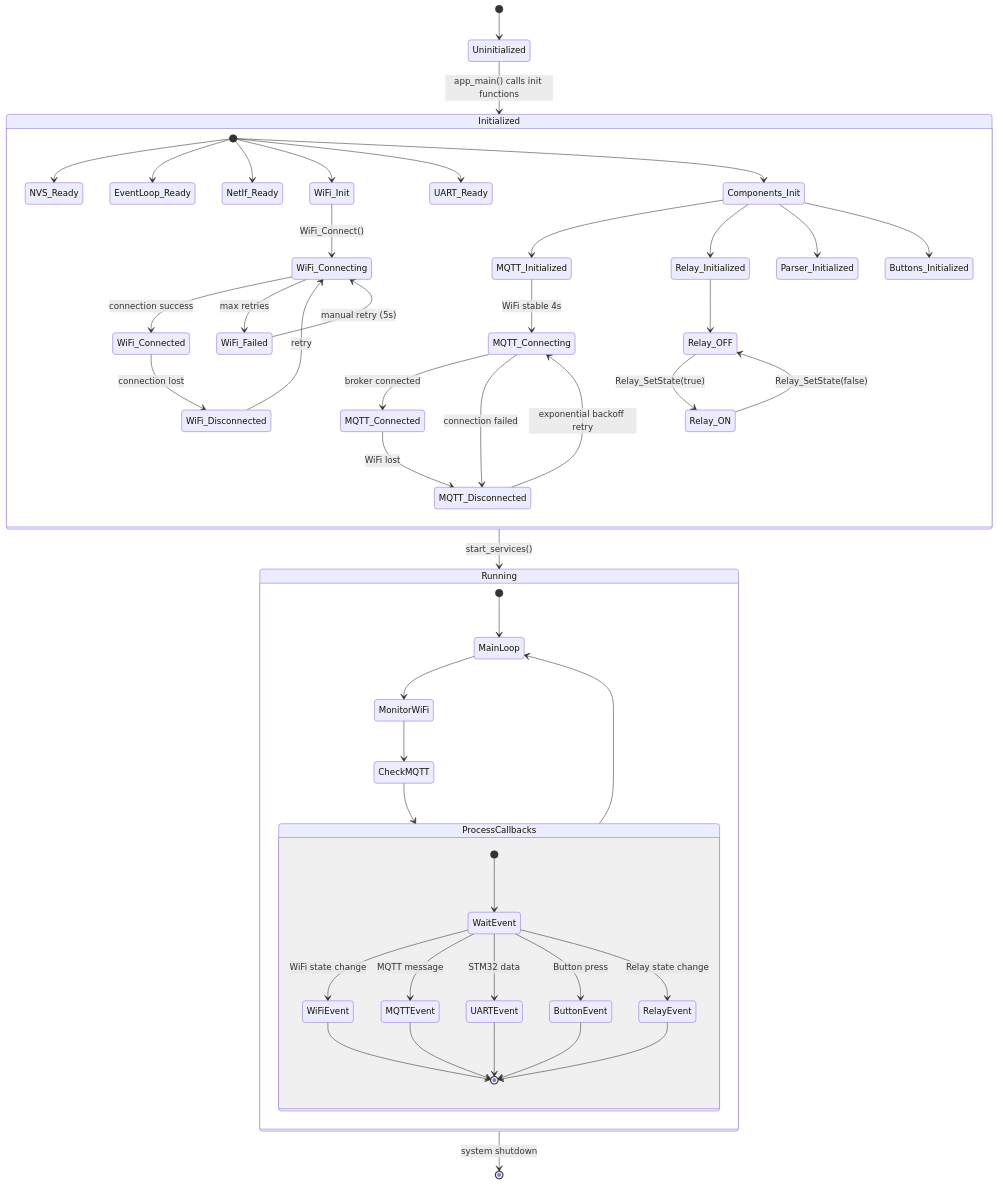
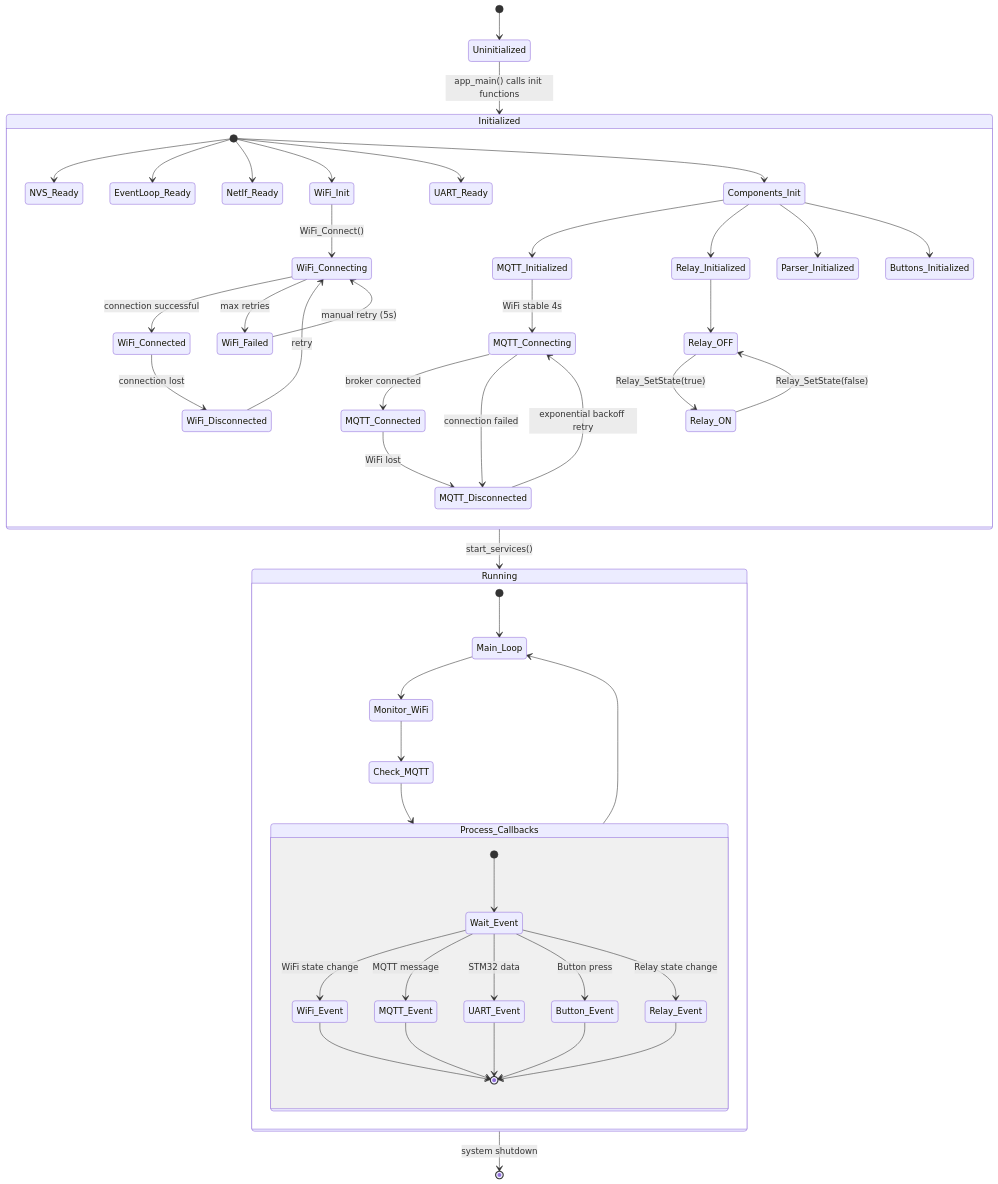
One commit to meeTeam05/datalogger changed the third of 9 diagrams in documents/esp32/UML_CLASS_DIAGRAM_ESP32.md. Above: the diagram before and after it, drawn with Mermaid. The commit also changed other lines of this file, not shown here.

Commit message:
fix(docs): update UML class diagrams for clarity and consistency in UML_CLASS_DIAGRAM_ESP32.md

````diff
--- a/documents/esp32/UML_CLASS_DIAGRAM_ESP32.md
+++ b/documents/esp32/UML_CLASS_DIAGRAM_ESP32.md
@@ -252,65 +252,65 @@
 ```mermaid
 stateDiagram-v2
     [*] --> Uninitialized
 
     Uninitialized --> Initialized : app_main() calls init functions
 
     state Initialized {
         [*] --> NVS_Ready
         [*] --> EventLoop_Ready
         [*] --> NetIf_Ready
         [*] --> WiFi_Init
         [*] --> UART_Ready
         [*] --> Components_Init
 
         WiFi_Init --> WiFi_Connecting : WiFi_Connect()
-        WiFi_Connecting --> WiFi_Connected : connection success
+        WiFi_Connecting --> WiFi_Connected : connection successful
         WiFi_Connecting --> WiFi_Failed : max retries
         WiFi_Connected --> WiFi_Disconnected : connection lost
         WiFi_Disconnected --> WiFi_Connecting : retry
         WiFi_Failed --> WiFi_Connecting : manual retry (5s)
 
         Components_Init --> MQTT_Initialized
         Components_Init --> Relay_Initialized
         Components_Init --> Parser_Initialized
         Components_Init --> Buttons_Initialized
 
         MQTT_Initialized --> MQTT_Connecting : WiFi stable 4s
         MQTT_Connecting --> MQTT_Connected : broker connected
         MQTT_Connecting --> MQTT_Disconnected : connection failed
         MQTT_Connected --> MQTT_Disconnected : WiFi lost
         MQTT_Disconnected --> MQTT_Connecting : exponential backoff retry
 
         Relay_Initialized --> Relay_OFF
         Relay_OFF --> Relay_ON : Relay_SetState(true)
         Relay_ON --> Relay_OFF : Relay_SetState(false)
     }
 
     Initialized --> Running : start_services()
 
     state Running {
-        [*] --> MainLoop
+        [*] --> Main_Loop
 
-        MainLoop --> MonitorWiFi
-        MonitorWiFi --> CheckMQTT
-        CheckMQTT --> ProcessCallbacks
-        ProcessCallbacks --> MainLoop
+        Main_Loop --> Monitor_WiFi
+        Monitor_WiFi --> Check_MQTT
+        Check_MQTT --> Process_Callbacks
+        Process_Callbacks --> Main_Loop
 
-        state ProcessCallbacks {
-            [*] --> WaitEvent
-            WaitEvent --> WiFiEvent : WiFi state change
-            WaitEvent --> MQTTEvent : MQTT message
-            WaitEvent --> UARTEvent : STM32 data
-            WaitEvent --> ButtonEvent : Button press
-            WaitEvent --> RelayEvent : Relay state change
+        state Process_Callbacks {
+            [*] --> Wait_Event
+            Wait_Event --> WiFi_Event : WiFi state change
+            Wait_Event --> MQTT_Event : MQTT message
+            Wait_Event --> UART_Event : STM32 data
+            Wait_Event --> Button_Event : Button press
+            Wait_Event --> Relay_Event : Relay state change
 
-            WiFiEvent --> [*]
-            MQTTEvent --> [*]
-            UARTEvent --> [*]
-            ButtonEvent --> [*]
-            RelayEvent --> [*]
+            WiFi_Event --> [*]
+            MQTT_Event --> [*]
+            UART_Event --> [*]
+            Button_Event --> [*]
+            Relay_Event --> [*]
         }
     }
 
     Running --> [*] : system shutdown
 ```
````
